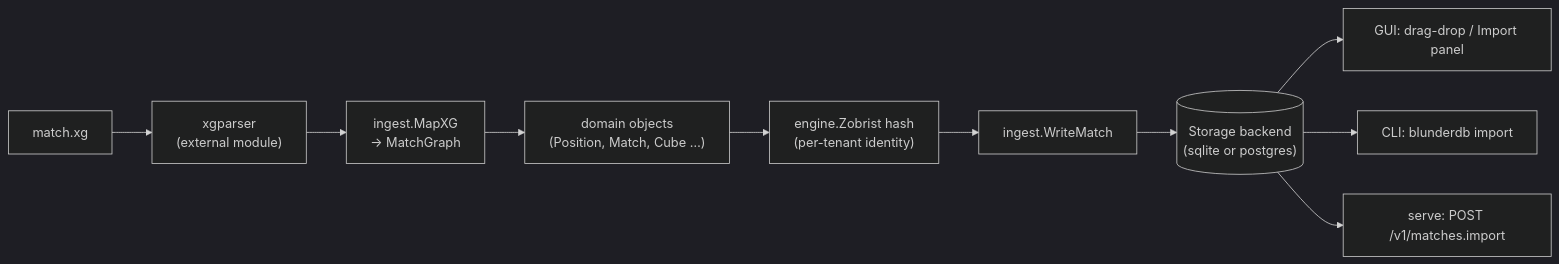
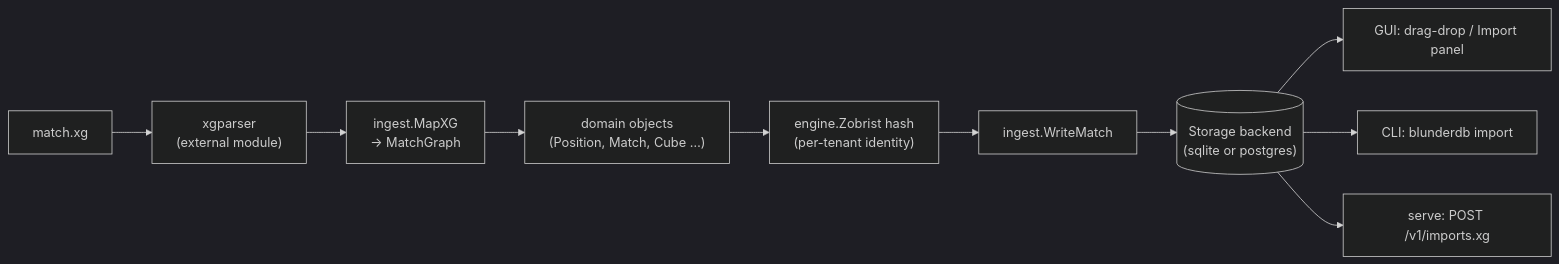
The third of 3 diagrams in ARCHITECTURE.md (kevung/blunderDB), drawn with Mermaid (dark theme) before and after one commit. The commit also changed other lines of this file and 46 other files, not shown here.

````diff
--- a/ARCHITECTURE.md
+++ b/ARCHITECTURE.md
@@ -79,13 +79,13 @@
 ```mermaid
 flowchart LR
     FILE["match.xg"] --> PARSER["xgparser\n(external module)"]
     PARSER --> MAP["ingest.MapXG\n→ MatchGraph"]
     MAP --> DOMAIN["domain objects\n(Position, Match, Cube …)"]
     DOMAIN --> ZOBRIST["engine.Zobrist hash\n(per-tenant identity)"]
     ZOBRIST --> WRITE["ingest.WriteMatch"]
     WRITE --> STORAGE2[("Storage backend\n(sqlite or postgres)")]
 
     STORAGE2 --> GUIPATH["GUI: drag-drop / Import panel"]
     STORAGE2 --> CLIPATH["CLI: blunderdb import"]
-    STORAGE2 --> SERVERPATH["serve: POST /v1/matches.import"]
+    STORAGE2 --> SERVERPATH["serve: POST /v1/imports.xg"]
 ```
````
